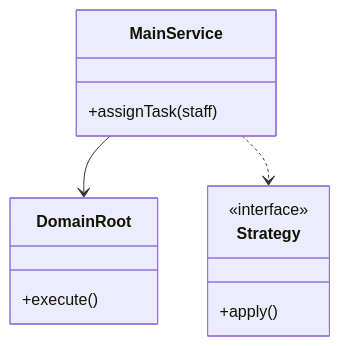
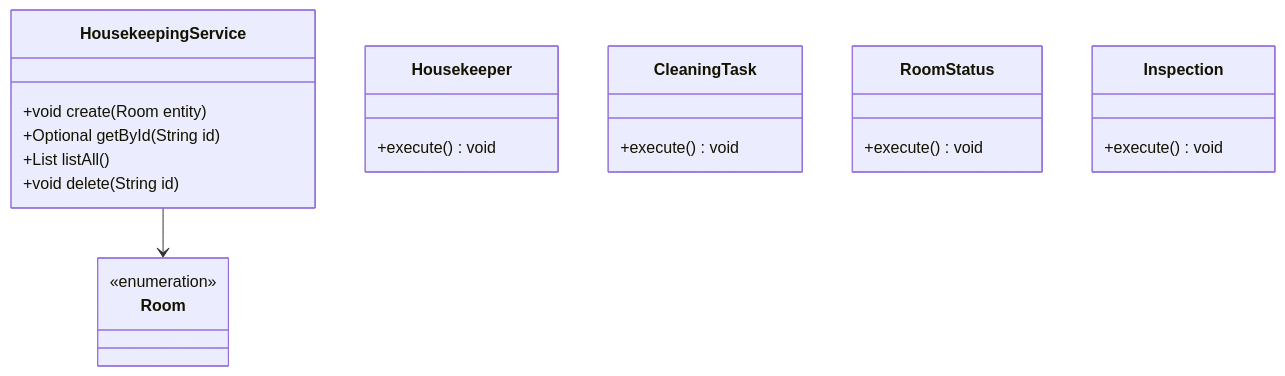
Before and after one commit to madhupaila/Interview-Prep-SSE: the first of 3 diagrams in Learn/System Design - Low Level Design/02-classic-ood/questions/Q57-hotel-housekeeping.md, drawn with Mermaid. The commit also changed other lines of this file and 491 other files, not shown here.

````diff
--- a/Learn/System Design - Low Level Design/02-classic-ood/questions/Q57-hotel-housekeeping.md
+++ b/Learn/System Design - Low Level Design/02-classic-ood/questions/Q57-hotel-housekeeping.md
@@ -74,15 +92,25 @@
 ```mermaid
 classDiagram
-    class MainService {
-        +assignTask(staff)
+    class HousekeepingService {
+        +void create(Room entity)
+        +Optional<Room> getById(String id)
+        +List<Room> listAll()
+        +void delete(String id)
     }
-    class DomainRoot {
-        +execute()
+    class Room {
+        <<enumeration>>
     }
-    class Strategy {
-        <<interface>>
-        +apply()
+    class Housekeeper {
+        +execute() void
     }
-    MainService --> DomainRoot
-    MainService ..> Strategy
+    class CleaningTask {
+        +execute() void
+    }
+    class RoomStatus {
+        +execute() void
+    }
+    class Inspection {
+        +execute() void
+    }
+    HousekeepingService --> Room
 ```
````
